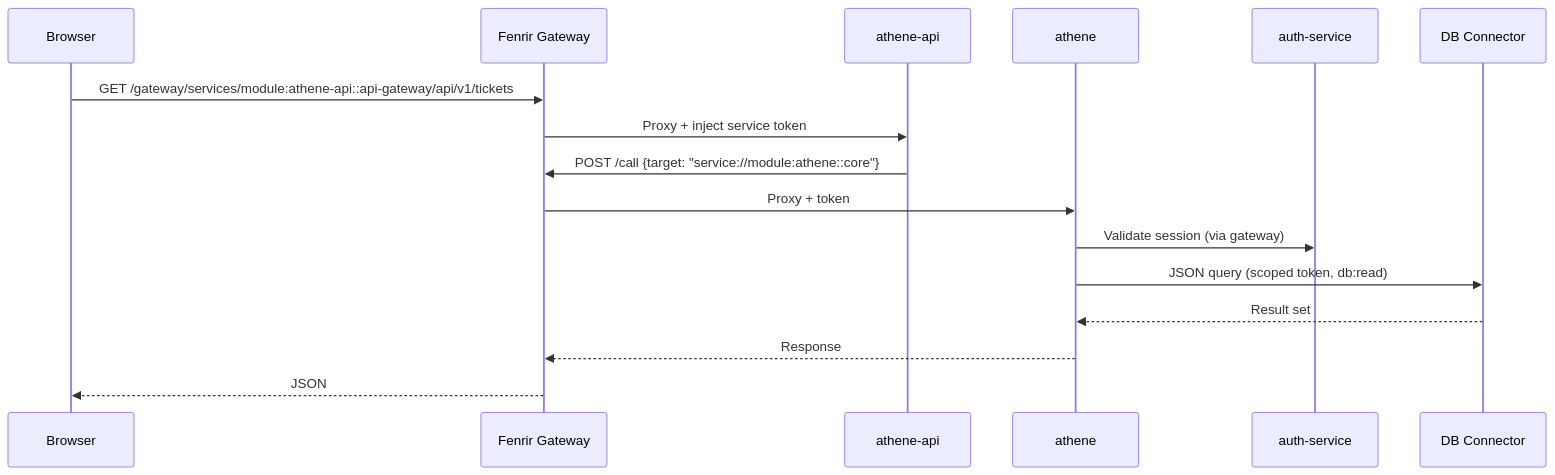
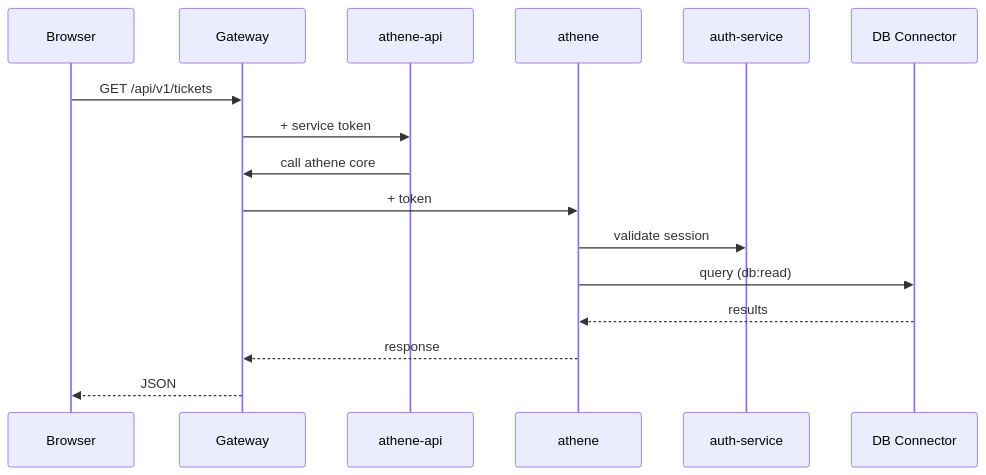
Before and after one commit to J03lF/fenrir: the third of 6 diagrams in README.md, drawn with Mermaid. The commit also changed other lines of this file, not shown here.

Commit message:
Add comprehensive README with architecture docs, CLI reference, and ecosystem overview

````diff
--- a/README.md
+++ b/README.md
@@ -390,19 +400,19 @@
 ```mermaid
 sequenceDiagram
-  participant Browser
-  participant FenrirGW as Fenrir Gateway
+  participant B as Browser
+  participant GW as Gateway
   participant API as athene-api
   participant Core as athene
   participant Auth as auth-service
   participant DB as DB Connector
 
-  Browser->>FenrirGW: GET /gateway/services/module:athene-api::api-gateway/api/v1/tickets
-  FenrirGW->>API: Proxy + inject service token
-  API->>FenrirGW: POST /call {target: "service://module:athene::core"}
-  FenrirGW->>Core: Proxy + token
-  Core->>Auth: Validate session (via gateway)
-  Core->>DB: JSON query (scoped token, db:read)
-  DB-->>Core: Result set
-  Core-->>FenrirGW: Response
-  FenrirGW-->>Browser: JSON
+  B->>GW: GET /api/v1/tickets
+  GW->>API: + service token
+  API->>GW: call athene core
+  GW->>Core: + token
+  Core->>Auth: validate session
+  Core->>DB: query (db:read)
+  DB-->>Core: results
+  Core-->>GW: response
+  GW-->>B: JSON
 ```
````
